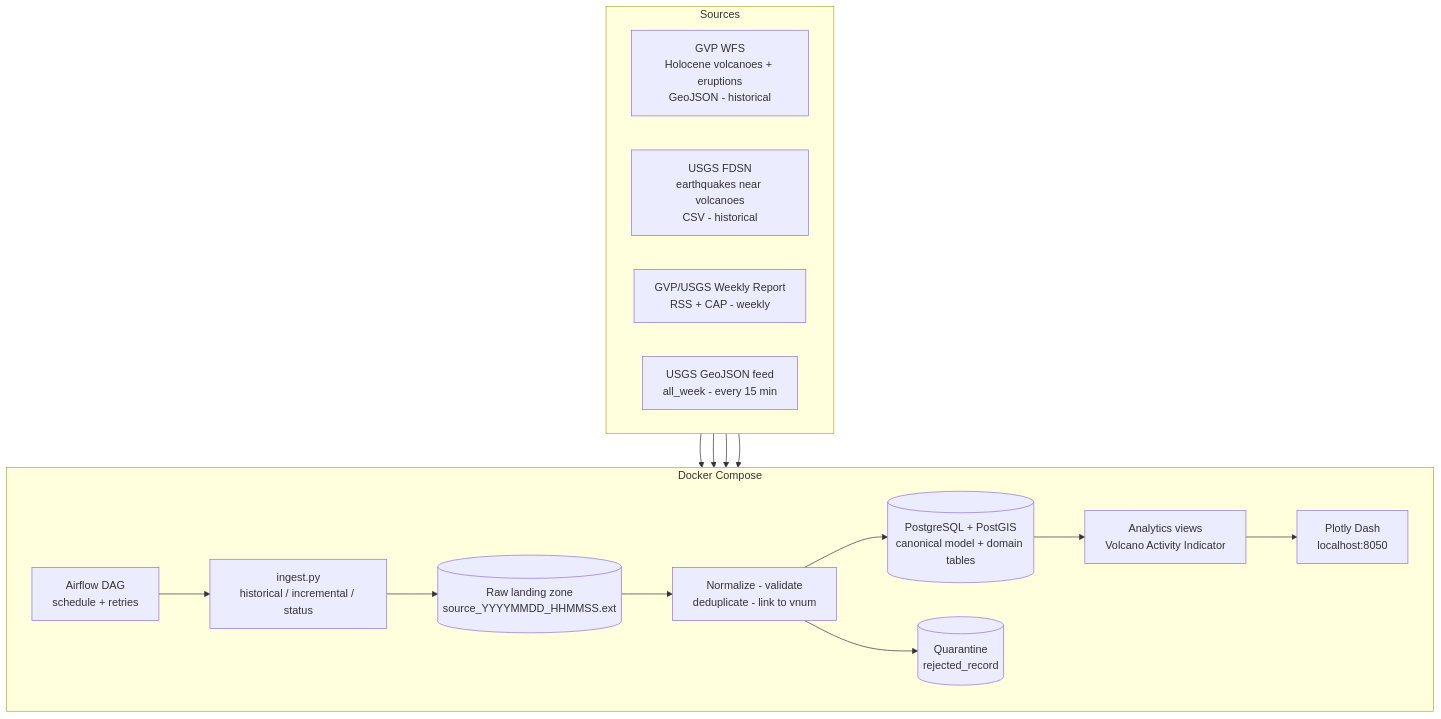
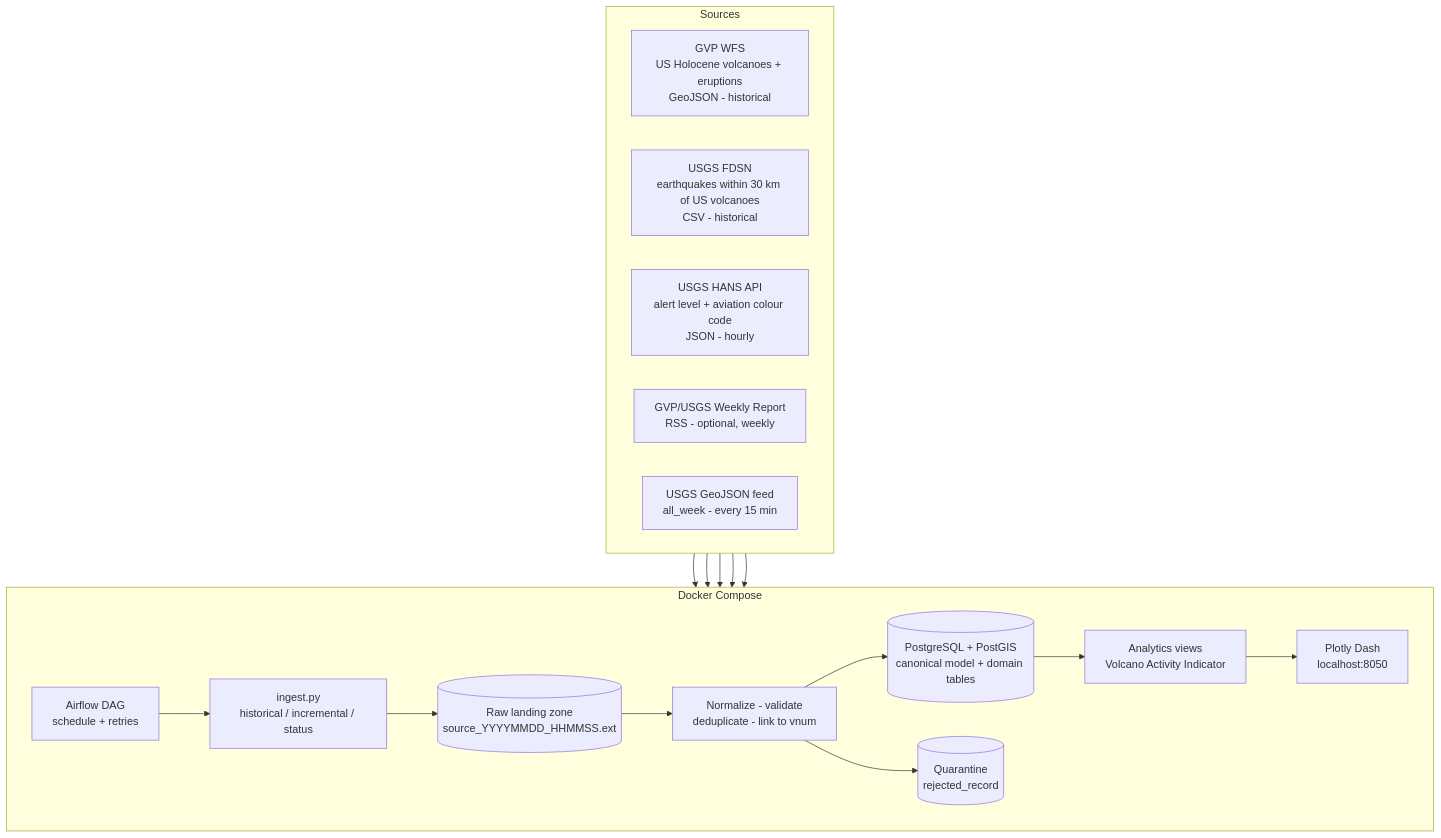
The diagram in docs/architecture.mmd (jhonatanvj/Proyecto_Analisis_De_Datos), drawn with Mermaid before and after one commit. The commit also changed 54 other files, not shown here.

```diff
--- a/docs/architecture.mmd
+++ b/docs/architecture.mmd
@@ -1,25 +1,26 @@
 flowchart TB
     subgraph S[Sources]
       direction LR
-      A1[GVP WFS<br/>Holocene volcanoes + eruptions<br/>GeoJSON - historical]
-      A2[USGS FDSN<br/>earthquakes near volcanoes<br/>CSV - historical]
-      B1[GVP/USGS Weekly Report<br/>RSS + CAP - weekly]
+      A1[GVP WFS<br/>US Holocene volcanoes + eruptions<br/>GeoJSON - historical]
+      A2[USGS FDSN<br/>earthquakes within 30 km of US volcanoes<br/>CSV - historical]
+      B1[USGS HANS API<br/>alert level + aviation colour code<br/>JSON - hourly]
+      B3[GVP/USGS Weekly Report<br/>RSS - optional, weekly]
       B2[USGS GeoJSON feed<br/>all_week - every 15 min]
     end
     subgraph AF[Docker Compose]
       direction LR
       O[Airflow DAG<br/>schedule + retries]
       I[ingest.py<br/>historical / incremental / status]
       R[(Raw landing zone<br/>source_YYYYMMDD_HHMMSS.ext)]
       N[Normalize - validate<br/>deduplicate - link to vnum]
       Q[(Quarantine<br/>rejected_record)]
       DB[(PostgreSQL + PostGIS<br/>canonical model + domain tables)]
       AN[Analytics views<br/>Volcano Activity Indicator]
       D[Plotly Dash<br/>localhost:8050]
     end
-    A1 & A2 & B1 & B2 --> I
+    A1 & A2 & B1 & B2 & B3 --> I
     O --> I
     I --> R --> N
     N --> DB
     N --> Q
     DB --> AN --> D
```
